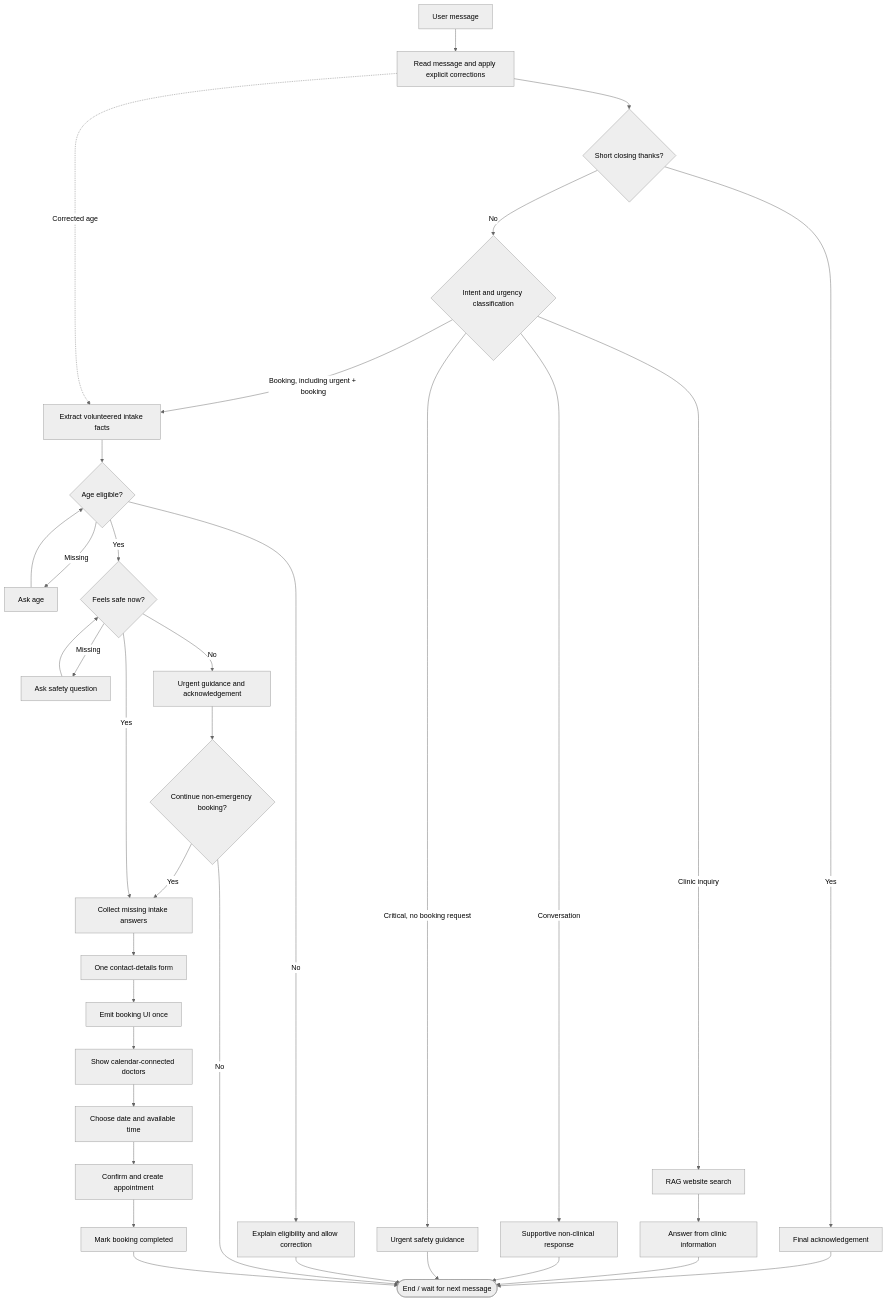
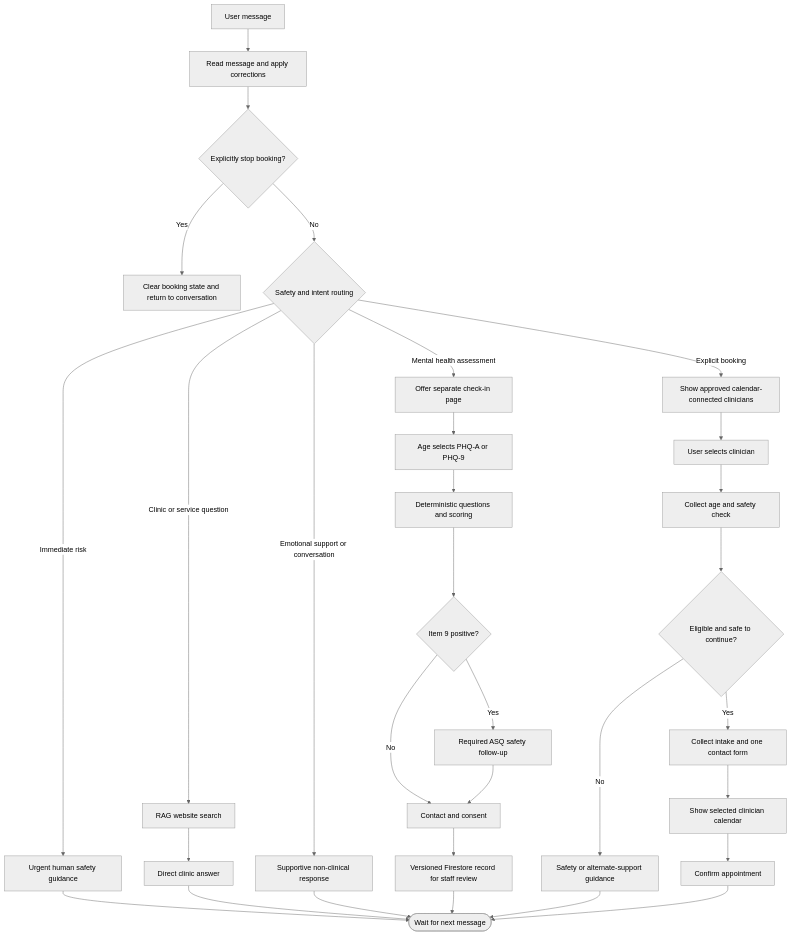
One commit to Extraterrestrial-T/Mental-care-app-ai-chat-api changed the diagram in docs/current-agent-flow.md. Above: the diagram before and after it, drawn with Mermaid (neutral theme). The commit also changed other lines of this file and 30 other files, not shown here.

Commit message:
Improved doctor ui and agent handles with a mental health form

````diff
--- a/docs/current-agent-flow.md
+++ b/docs/current-agent-flow.md
@@ -5,42 +6,38 @@
 ```mermaid
 flowchart TD
-    A[User message] --> B[Read message and apply explicit corrections]
-    B --> C{Short closing thanks?}
-    C -- Yes --> D[Final acknowledgement]
-    D --> Z([End / wait for next message])
-    C -- No --> E{Intent and urgency classification}
+    A[User message] --> B[Read message and apply corrections]
+    B --> C{Explicitly stop booking?}
+    C -- Yes --> D[Clear booking state and return to conversation]
+    C -- No --> E{Safety and intent routing}
 
-    E -- Clinic inquiry --> F[RAG website search]
-    F --> G[Answer from clinic information]
-    G --> Z
+    E -- Immediate risk --> F[Urgent human safety guidance]
+    F --> Z([Wait for next message])
 
-    E -- Conversation --> H[Supportive non-clinical response]
+    E -- Clinic or service question --> G[RAG website search]
+    G --> H[Direct clinic answer]
     H --> Z
 
-    E -- Critical, no booking request --> I[Urgent safety guidance]
+    E -- Emotional support or conversation --> I[Supportive non-clinical response]
     I --> Z
 
-    E -- Booking, including urgent + booking --> J[Extract volunteered intake facts]
-    J --> K{Age eligible?}
-    K -- Missing --> L[Ask age]
-    L --> K
-    K -- No --> M[Explain eligibility and allow correction]
-    M --> Z
-    K -- Yes --> N{Feels safe now?}
-    N -- Missing --> O[Ask safety question]
-    O --> N
-    N -- No --> P[Urgent guidance and acknowledgement]
-    P --> Q{Continue non-emergency booking?}
-    Q -- No --> Z
-    Q -- Yes --> R[Collect missing intake answers]
-    N -- Yes --> R
-    R --> S[One contact-details form]
-    S --> T[Emit booking UI once]
-    T --> U[Show calendar-connected doctors]
-    U --> V[Choose date and available time]
-    V --> W[Confirm and create appointment]
-    W --> X[Mark booking completed]
+    E -- Mental health assessment --> J[Offer separate check-in page]
+    J --> K[Age selects PHQ-A or PHQ-9]
+    K --> L[Deterministic questions and scoring]
+    L --> M{Item 9 positive?}
+    M -- Yes --> N[Required ASQ safety follow-up]
+    M -- No --> O[Contact and consent]
+    N --> O
+    O --> P[Versioned Firestore record for staff review]
+    P --> Z
+
+    E -- Explicit booking --> Q[Show approved calendar-connected clinicians]
+    Q --> R[User selects clinician]
+    R --> S[Collect age and safety check]
+    S --> T{Eligible and safe to continue?}
+    T -- No --> U[Safety or alternate-support guidance]
+    U --> Z
+    T -- Yes --> V[Collect intake and one contact form]
+    V --> W[Show selected clinician calendar]
+    W --> X[Confirm appointment]
     X --> Z
-
-    B -. Corrected age .-> J
 ```
````
